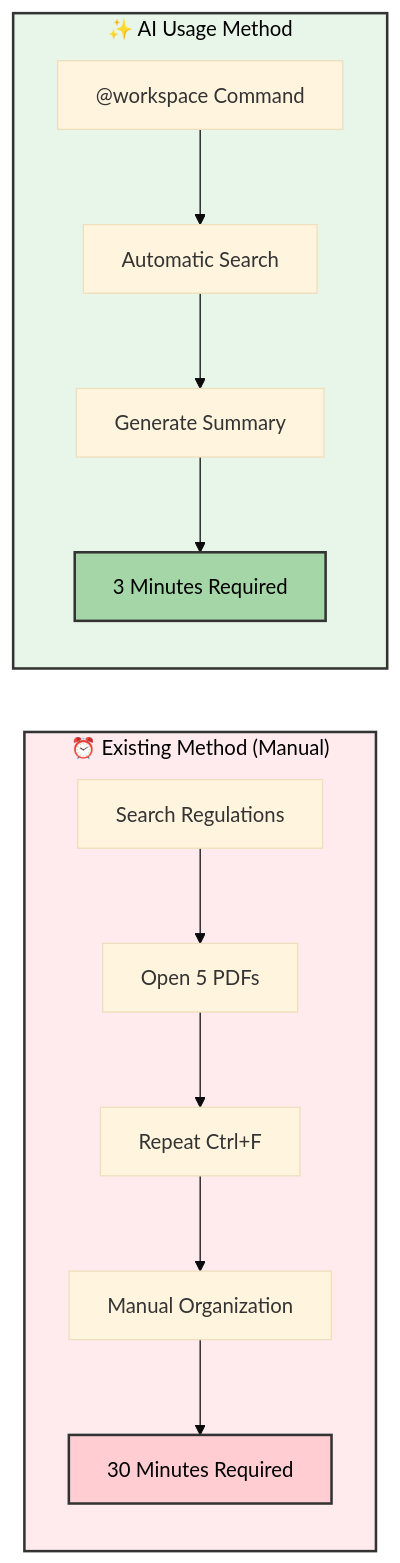
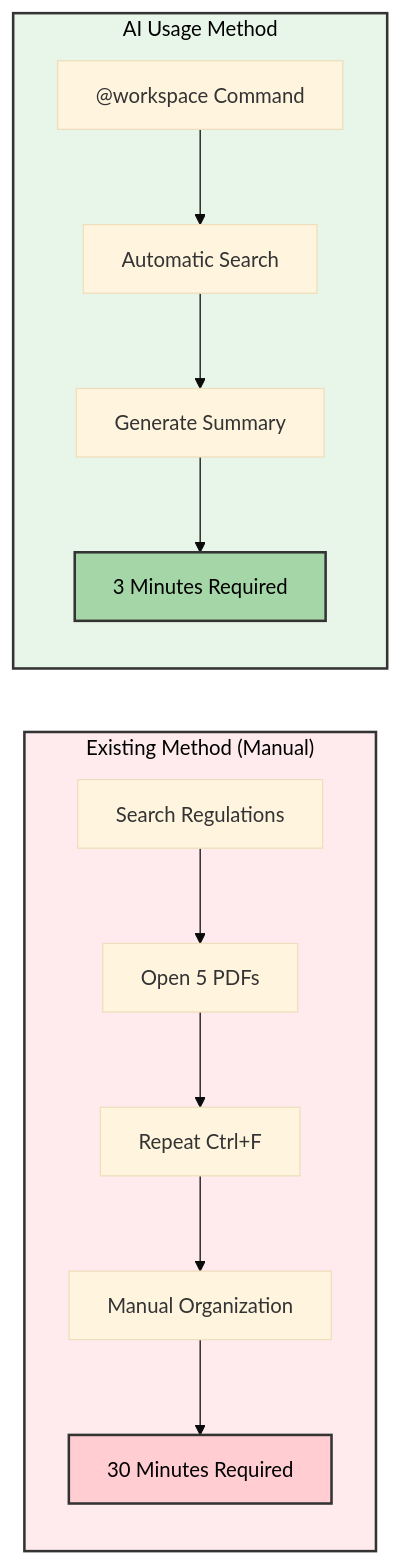
Diagram 16 of 18 in docs/admin/en/index.md (seo-jinseok/GitHub-Copilot-Guide), drawn with Mermaid (base theme) before and after one commit. The commit also changed other lines of this file and 7 other files, not shown here.

````diff
--- a/docs/admin/en/index.md
+++ b/docs/admin/en/index.md
@@ -1202,20 +1202,20 @@
 ```mermaid
 graph LR
-    subgraph Before["⏰ Existing Method (Manual)"]
+    subgraph Before["Existing Method (Manual)"]
         B1[Search Regulations] --> B2[Open 5 PDFs]
         B2 --> B3[Repeat Ctrl+F]
         B3 --> B4[Manual Organization]
         B4 --> B5[30 Minutes Required]
     end
     
-    subgraph After["✨ AI Usage Method"]
+    subgraph After["AI Usage Method"]
         A1["@workspace Command"] --> A2[Automatic Search]
         A2 --> A3[Generate Summary]
         A3 --> A4[3 Minutes Required]
     end
     
     style Before fill:#ffebee,stroke:#333,stroke-width:2px,color:#000
     style After fill:#e8f5e9,stroke:#333,stroke-width:2px,color:#000
     style B5 fill:#ffcdd2,stroke:#333,stroke-width:2px,color:#000
     style A4 fill:#a5d6a7,stroke:#333,stroke-width:2px,color:#000
 ```
````
